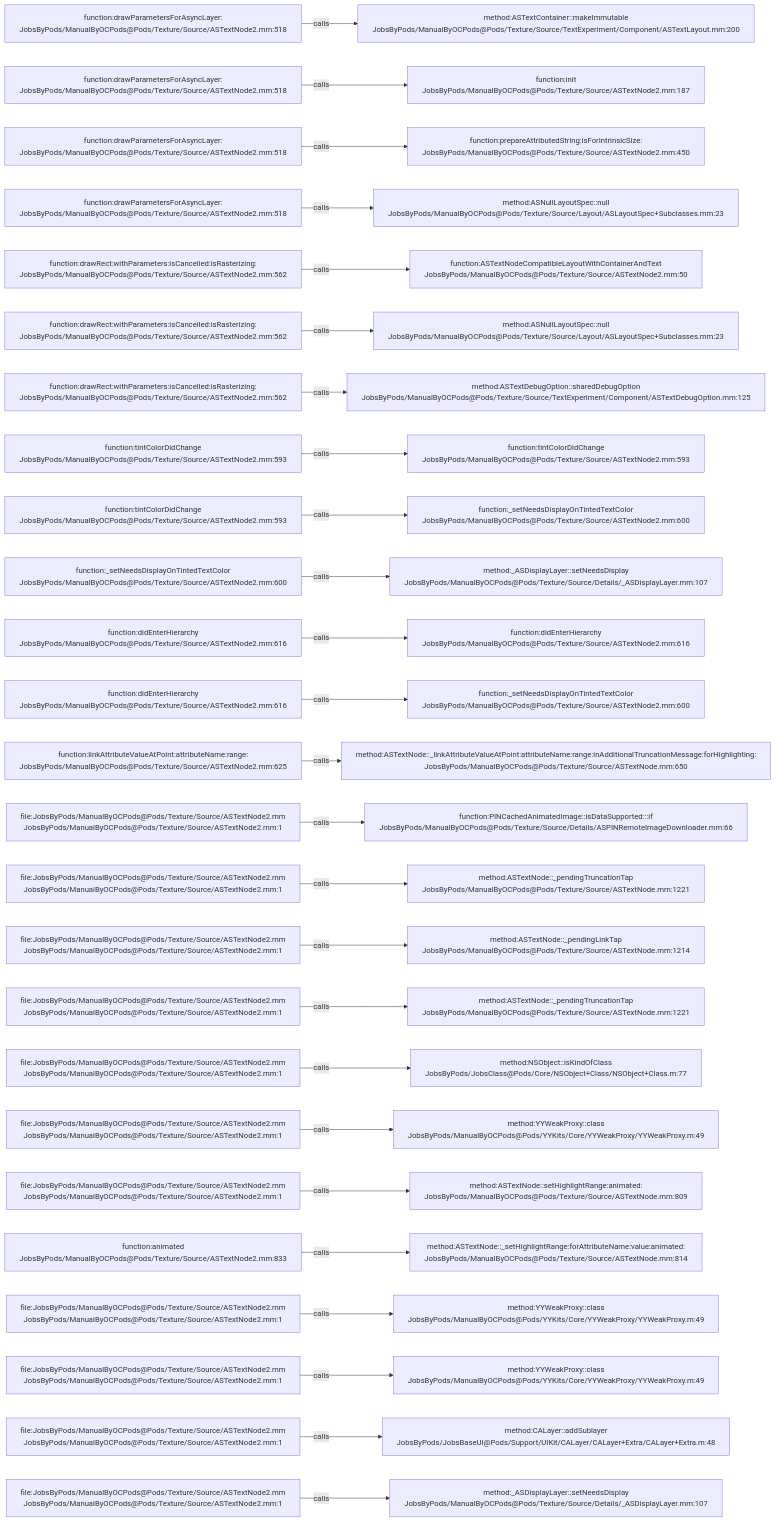
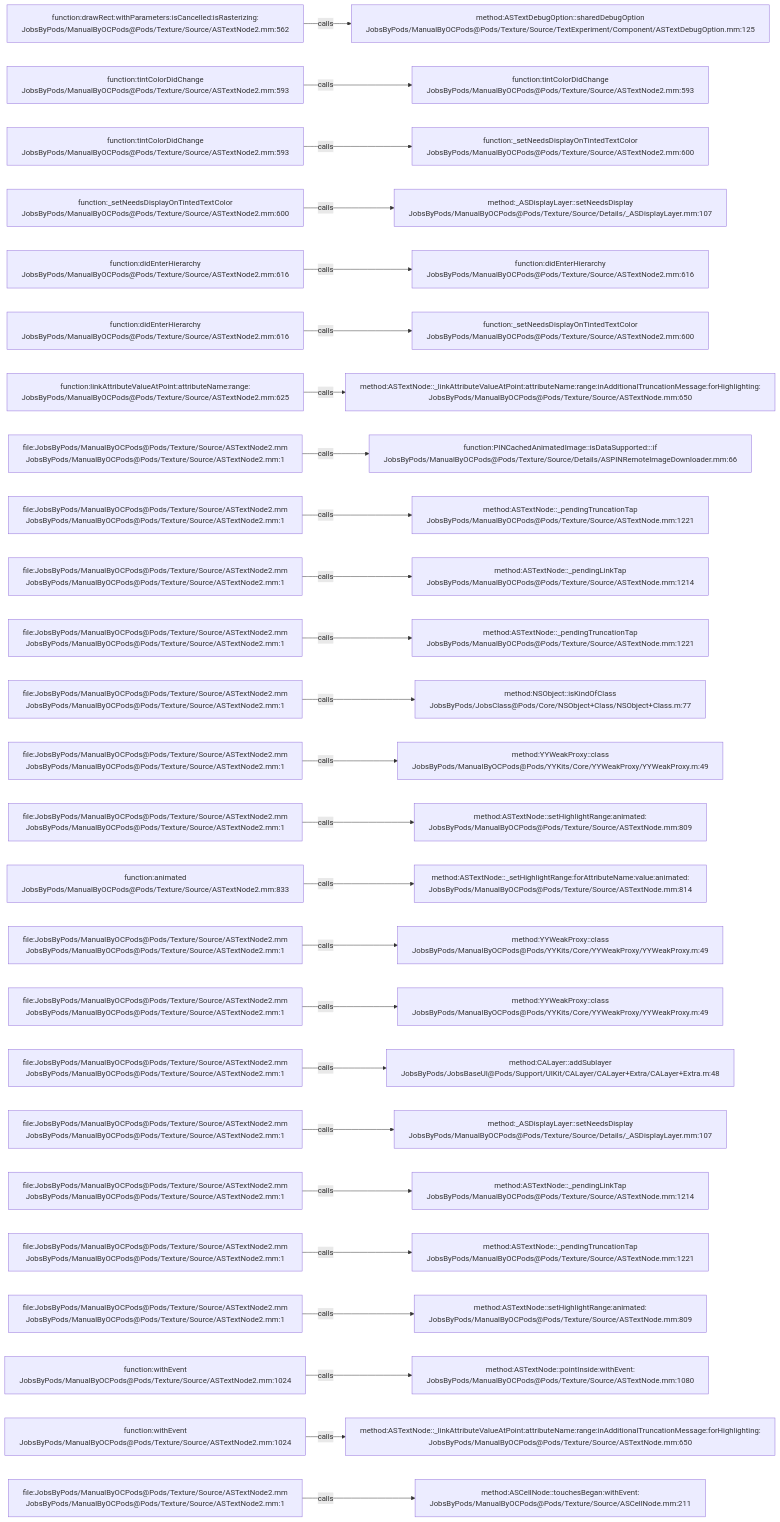
The diagram in .codegraph/codegraph.md/graphs/calls-132.md (JobsKits/JobsOCBaseConfigDemo), drawn with Mermaid before and after one commit. The commit also changed 666 other files, not shown here.

````diff
--- a/.codegraph/codegraph.md/graphs/calls-132.md
+++ b/.codegraph/codegraph.md/graphs/calls-132.md
@@ -13,78 +13,78 @@
 ```mermaid
 flowchart LR
-  S1["function:drawParametersForAsyncLayer:<br/>JobsByPods/ManualByOCPods@Pods/Texture/Source/ASTextNode2.mm:518"]
-  T1["method:ASTextContainer::makeImmutable<br/>JobsByPods/ManualByOCPods@Pods/Texture/Source/TextExperiment/Component/ASTextLayout.mm:200"]
+  S1["function:drawRect:withParameters:isCancelled:isRasterizing:<br/>JobsByPods/ManualByOCPods@Pods/Texture/Source/ASTextNode2.mm:562"]
+  T1["method:ASTextDebugOption::sharedDebugOption<br/>JobsByPods/ManualByOCPods@Pods/Texture/Source/TextExperiment/Component/ASTextDebugOption.mm:125"]
   S1 -->|calls| T1
-  S2["function:drawParametersForAsyncLayer:<br/>JobsByPods/ManualByOCPods@Pods/Texture/Source/ASTextNode2.mm:518"]
-  T2["function:init<br/>JobsByPods/ManualByOCPods@Pods/Texture/Source/ASTextNode2.mm:187"]
+  S2["function:tintColorDidChange<br/>JobsByPods/ManualByOCPods@Pods/Texture/Source/ASTextNode2.mm:593"]
+  T2["function:tintColorDidChange<br/>JobsByPods/ManualByOCPods@Pods/Texture/Source/ASTextNode2.mm:593"]
   S2 -->|calls| T2
-  S3["function:drawParametersForAsyncLayer:<br/>JobsByPods/ManualByOCPods@Pods/Texture/Source/ASTextNode2.mm:518"]
-  T3["function:prepareAttributedString:isForIntrinsicSize:<br/>JobsByPods/ManualByOCPods@Pods/Texture/Source/ASTextNode2.mm:450"]
+  S3["function:tintColorDidChange<br/>JobsByPods/ManualByOCPods@Pods/Texture/Source/ASTextNode2.mm:593"]
+  T3["function:_setNeedsDisplayOnTintedTextColor<br/>JobsByPods/ManualByOCPods@Pods/Texture/Source/ASTextNode2.mm:600"]
   S3 -->|calls| T3
-  S4["function:drawParametersForAsyncLayer:<br/>JobsByPods/ManualByOCPods@Pods/Texture/Source/ASTextNode2.mm:518"]
-  T4["method:ASNullLayoutSpec::null<br/>JobsByPods/ManualByOCPods@Pods/Texture/Source/Layout/ASLayoutSpec+Subclasses.mm:23"]
+  S4["function:_setNeedsDisplayOnTintedTextColor<br/>JobsByPods/ManualByOCPods@Pods/Texture/Source/ASTextNode2.mm:600"]
+  T4["method:_ASDisplayLayer::setNeedsDisplay<br/>JobsByPods/ManualByOCPods@Pods/Texture/Source/Details/_ASDisplayLayer.mm:107"]
   S4 -->|calls| T4
-  S5["function:drawRect:withParameters:isCancelled:isRasterizing:<br/>JobsByPods/ManualByOCPods@Pods/Texture/Source/ASTextNode2.mm:562"]
-  T5["function:ASTextNodeCompatibleLayoutWithContainerAndText<br/>JobsByPods/ManualByOCPods@Pods/Texture/Source/ASTextNode2.mm:50"]
+  S5["function:didEnterHierarchy<br/>JobsByPods/ManualByOCPods@Pods/Texture/Source/ASTextNode2.mm:616"]
+  T5["function:didEnterHierarchy<br/>JobsByPods/ManualByOCPods@Pods/Texture/Source/ASTextNode2.mm:616"]
   S5 -->|calls| T5
-  S6["function:drawRect:withParameters:isCancelled:isRasterizing:<br/>JobsByPods/ManualByOCPods@Pods/Texture/Source/ASTextNode2.mm:562"]
-  T6["method:ASNullLayoutSpec::null<br/>JobsByPods/ManualByOCPods@Pods/Texture/Source/Layout/ASLayoutSpec+Subclasses.mm:23"]
+  S6["function:didEnterHierarchy<br/>JobsByPods/ManualByOCPods@Pods/Texture/Source/ASTextNode2.mm:616"]
+  T6["function:_setNeedsDisplayOnTintedTextColor<br/>JobsByPods/ManualByOCPods@Pods/Texture/Source/ASTextNode2.mm:600"]
   S6 -->|calls| T6
-  S7["function:drawRect:withParameters:isCancelled:isRasterizing:<br/>JobsByPods/ManualByOCPods@Pods/Texture/Source/ASTextNode2.mm:562"]
-  T7["method:ASTextDebugOption::sharedDebugOption<br/>JobsByPods/ManualByOCPods@Pods/Texture/Source/TextExperiment/Component/ASTextDebugOption.mm:125"]
+  S7["function:linkAttributeValueAtPoint:attributeName:range:<br/>JobsByPods/ManualByOCPods@Pods/Texture/Source/ASTextNode2.mm:625"]
+  T7["method:ASTextNode::_linkAttributeValueAtPoint:attributeName:range:inAdditionalTruncationMessage:forHighlighting:<br/>JobsByPods/ManualByOCPods@Pods/Texture/Source/ASTextNode.mm:650"]
   S7 -->|calls| T7
-  S8["function:tintColorDidChange<br/>JobsByPods/ManualByOCPods@Pods/Texture/Source/ASTextNode2.mm:593"]
-  T8["function:tintColorDidChange<br/>JobsByPods/ManualByOCPods@Pods/Texture/Source/ASTextNode2.mm:593"]
+  S8["file:JobsByPods/ManualByOCPods@Pods/Texture/Source/ASTextNode2.mm<br/>JobsByPods/ManualByOCPods@Pods/Texture/Source/ASTextNode2.mm:1"]
+  T8["function:PINCachedAnimatedImage::isDataSupported:::if<br/>JobsByPods/ManualByOCPods@Pods/Texture/Source/Details/ASPINRemoteImageDownloader.mm:66"]
   S8 -->|calls| T8
-  S9["function:tintColorDidChange<br/>JobsByPods/ManualByOCPods@Pods/Texture/Source/ASTextNode2.mm:593"]
-  T9["function:_setNeedsDisplayOnTintedTextColor<br/>JobsByPods/ManualByOCPods@Pods/Texture/Source/ASTextNode2.mm:600"]
+  S9["file:JobsByPods/ManualByOCPods@Pods/Texture/Source/ASTextNode2.mm<br/>JobsByPods/ManualByOCPods@Pods/Texture/Source/ASTextNode2.mm:1"]
+  T9["method:ASTextNode::_pendingTruncationTap<br/>JobsByPods/ManualByOCPods@Pods/Texture/Source/ASTextNode.mm:1221"]
   S9 -->|calls| T9
-  S10["function:_setNeedsDisplayOnTintedTextColor<br/>JobsByPods/ManualByOCPods@Pods/Texture/Source/ASTextNode2.mm:600"]
-  T10["method:_ASDisplayLayer::setNeedsDisplay<br/>JobsByPods/ManualByOCPods@Pods/Texture/Source/Details/_ASDisplayLayer.mm:107"]
+  S10["file:JobsByPods/ManualByOCPods@Pods/Texture/Source/ASTextNode2.mm<br/>JobsByPods/ManualByOCPods@Pods/Texture/Source/ASTextNode2.mm:1"]
+  T10["method:ASTextNode::_pendingLinkTap<br/>JobsByPods/ManualByOCPods@Pods/Texture/Source/ASTextNode.mm:1214"]
   S10 -->|calls| T10
-  S11["function:didEnterHierarchy<br/>JobsByPods/ManualByOCPods@Pods/Texture/Source/ASTextNode2.mm:616"]
-  T11["function:didEnterHierarchy<br/>JobsByPods/ManualByOCPods@Pods/Texture/Source/ASTextNode2.mm:616"]
+  S11["file:JobsByPods/ManualByOCPods@Pods/Texture/Source/ASTextNode2.mm<br/>JobsByPods/ManualByOCPods@Pods/Texture/Source/ASTextNode2.mm:1"]
+  T11["method:ASTextNode::_pendingTruncationTap<br/>JobsByPods/ManualByOCPods@Pods/Texture/Source/ASTextNode.mm:1221"]
   S11 -->|calls| T11
-  S12["function:didEnterHierarchy<br/>JobsByPods/ManualByOCPods@Pods/Texture/Source/ASTextNode2.mm:616"]
-  T12["function:_setNeedsDisplayOnTintedTextColor<br/>JobsByPods/ManualByOCPods@Pods/Texture/Source/ASTextNode2.mm:600"]
+  S12["file:JobsByPods/ManualByOCPods@Pods/Texture/Source/ASTextNode2.mm<br/>JobsByPods/ManualByOCPods@Pods/Texture/Source/ASTextNode2.mm:1"]
+  T12["method:NSObject::isKindOfClass<br/>JobsByPods/JobsClass@Pods/Core/NSObject+Class/NSObject+Class.m:77"]
   S12 -->|calls| T12
-  S13["function:linkAttributeValueAtPoint:attributeName:range:<br/>JobsByPods/ManualByOCPods@Pods/Texture/Source/ASTextNode2.mm:625"]
-  T13["method:ASTextNode::_linkAttributeValueAtPoint:attributeName:range:inAdditionalTruncationMessage:forHighlighting:<br/>JobsByPods/ManualByOCPods@Pods/Texture/Source/ASTextNode.mm:650"]
+  S13["file:JobsByPods/ManualByOCPods@Pods/Texture/Source/ASTextNode2.mm<br/>JobsByPods/ManualByOCPods@Pods/Texture/Source/ASTextNode2.mm:1"]
+  T13["method:YYWeakProxy::class<br/>JobsByPods/ManualByOCPods@Pods/YYKits/Core/YYWeakProxy/YYWeakProxy.m:49"]
   S13 -->|calls| T13
   S14["file:JobsByPods/ManualByOCPods@Pods/Texture/Source/ASTextNode2.mm<br/>JobsByPods/ManualByOCPods@Pods/Texture/Source/ASTextNode2.mm:1"]
-  T14["function:PINCachedAnimatedImage::isDataSupported:::if<br/>JobsByPods/ManualByOCPods@Pods/Texture/Source/Details/ASPINRemoteImageDownloader.mm:66"]
+  T14["method:ASTextNode::setHighlightRange:animated:<br/>JobsByPods/ManualByOCPods@Pods/Texture/Source/ASTextNode.mm:809"]
   S14 -->|calls| T14
-  S15["file:JobsByPods/ManualByOCPods@Pods/Texture/Source/ASTextNode2.mm<br/>JobsByPods/ManualByOCPods@Pods/Texture/Source/ASTextNode2.mm:1"]
-  T15["method:ASTextNode::_pendingTruncationTap<br/>JobsByPods/ManualByOCPods@Pods/Texture/Source/ASTextNode.mm:1221"]
+  S15["function:animated<br/>JobsByPods/ManualByOCPods@Pods/Texture/Source/ASTextNode2.mm:833"]
+  T15["method:ASTextNode::_setHighlightRange:forAttributeName:value:animated:<br/>JobsByPods/ManualByOCPods@Pods/Texture/Source/ASTextNode.mm:814"]
   S15 -->|calls| T15
   S16["file:JobsByPods/ManualByOCPods@Pods/Texture/Source/ASTextNode2.mm<br/>JobsByPods/ManualByOCPods@Pods/Texture/Source/ASTextNode2.mm:1"]
-  T16["method:ASTextNode::_pendingLinkTap<br/>JobsByPods/ManualByOCPods@Pods/Texture/Source/ASTextNode.mm:1214"]
+  T16["method:YYWeakProxy::class<br/>JobsByPods/ManualByOCPods@Pods/YYKits/Core/YYWeakProxy/YYWeakProxy.m:49"]
   S16 -->|calls| T16
   S17["file:JobsByPods/ManualByOCPods@Pods/Texture/Source/ASTextNode2.mm<br/>JobsByPods/ManualByOCPods@Pods/Texture/Source/ASTextNode2.mm:1"]
-  T17["method:ASTextNode::_pendingTruncationTap<br/>JobsByPods/ManualByOCPods@Pods/Texture/Source/ASTextNode.mm:1221"]
+  T17["method:YYWeakProxy::class<br/>JobsByPods/ManualByOCPods@Pods/YYKits/Core/YYWeakProxy/YYWeakProxy.m:49"]
   S17 -->|calls| T17
   S18["file:JobsByPods/ManualByOCPods@Pods/Texture/Source/ASTextNode2.mm<br/>JobsByPods/ManualByOCPods@Pods/Texture/Source/ASTextNode2.mm:1"]
-  T18["method:NSObject::isKindOfClass<br/>JobsByPods/JobsClass@Pods/Core/NSObject+Class/NSObject+Class.m:77"]
+  T18["method:CALayer::addSublayer<br/>JobsByPods/JobsBaseUI@Pods/Support/UIKit/CALayer/CALayer+Extra/CALayer+Extra.m:48"]
   S18 -->|calls| T18
   S19["file:JobsByPods/ManualByOCPods@Pods/Texture/Source/ASTextNode2.mm<br/>JobsByPods/ManualByOCPods@Pods/Texture/Source/ASTextNode2.mm:1"]
-  T19["method:YYWeakProxy::class<br/>JobsByPods/ManualByOCPods@Pods/YYKits/Core/YYWeakProxy/YYWeakProxy.m:49"]
+  T19["method:_ASDisplayLayer::setNeedsDisplay<br/>JobsByPods/ManualByOCPods@Pods/Texture/Source/Details/_ASDisplayLayer.mm:107"]
   S19 -->|calls| T19
   S20["file:JobsByPods/ManualByOCPods@Pods/Texture/Source/ASTextNode2.mm<br/>JobsByPods/ManualByOCPods@Pods/Texture/Source/ASTextNode2.mm:1"]
-  T20["method:ASTextNode::setHighlightRange:animated:<br/>JobsByPods/ManualByOCPods@Pods/Texture/Source/ASTextNode.mm:809"]
+  T20["method:ASTextNode::_pendingLinkTap<br/>JobsByPods/ManualByOCPods@Pods/Texture/Source/ASTextNode.mm:1214"]
   S20 -->|calls| T20
-  S21["function:animated<br/>JobsByPods/ManualByOCPods@Pods/Texture/Source/ASTextNode2.mm:833"]
-  T21["method:ASTextNode::_setHighlightRange:forAttributeName:value:animated:<br/>JobsByPods/ManualByOCPods@Pods/Texture/Source/ASTextNode.mm:814"]
+  S21["file:JobsByPods/ManualByOCPods@Pods/Texture/Source/ASTextNode2.mm<br/>JobsByPods/ManualByOCPods@Pods/Texture/Source/ASTextNode2.mm:1"]
+  T21["method:ASTextNode::_pendingTruncationTap<br/>JobsByPods/ManualByOCPods@Pods/Texture/Source/ASTextNode.mm:1221"]
   S21 -->|calls| T21
   S22["file:JobsByPods/ManualByOCPods@Pods/Texture/Source/ASTextNode2.mm<br/>JobsByPods/ManualByOCPods@Pods/Texture/Source/ASTextNode2.mm:1"]
-  T22["method:YYWeakProxy::class<br/>JobsByPods/ManualByOCPods@Pods/YYKits/Core/YYWeakProxy/YYWeakProxy.m:49"]
+  T22["method:ASTextNode::setHighlightRange:animated:<br/>JobsByPods/ManualByOCPods@Pods/Texture/Source/ASTextNode.mm:809"]
   S22 -->|calls| T22
-  S23["file:JobsByPods/ManualByOCPods@Pods/Texture/Source/ASTextNode2.mm<br/>JobsByPods/ManualByOCPods@Pods/Texture/Source/ASTextNode2.mm:1"]
-  T23["method:YYWeakProxy::class<br/>JobsByPods/ManualByOCPods@Pods/YYKits/Core/YYWeakProxy/YYWeakProxy.m:49"]
+  S23["function:withEvent<br/>JobsByPods/ManualByOCPods@Pods/Texture/Source/ASTextNode2.mm:1024"]
+  T23["method:ASTextNode::pointInside:withEvent:<br/>JobsByPods/ManualByOCPods@Pods/Texture/Source/ASTextNode.mm:1080"]
   S23 -->|calls| T23
-  S24["file:JobsByPods/ManualByOCPods@Pods/Texture/Source/ASTextNode2.mm<br/>JobsByPods/ManualByOCPods@Pods/Texture/Source/ASTextNode2.mm:1"]
-  T24["method:CALayer::addSublayer<br/>JobsByPods/JobsBaseUI@Pods/Support/UIKit/CALayer/CALayer+Extra/CALayer+Extra.m:48"]
+  S24["function:withEvent<br/>JobsByPods/ManualByOCPods@Pods/Texture/Source/ASTextNode2.mm:1024"]
+  T24["method:ASTextNode::_linkAttributeValueAtPoint:attributeName:range:inAdditionalTruncationMessage:forHighlighting:<br/>JobsByPods/ManualByOCPods@Pods/Texture/Source/ASTextNode.mm:650"]
   S24 -->|calls| T24
   S25["file:JobsByPods/ManualByOCPods@Pods/Texture/Source/ASTextNode2.mm<br/>JobsByPods/ManualByOCPods@Pods/Texture/Source/ASTextNode2.mm:1"]
-  T25["method:_ASDisplayLayer::setNeedsDisplay<br/>JobsByPods/ManualByOCPods@Pods/Texture/Source/Details/_ASDisplayLayer.mm:107"]
+  T25["method:ASCellNode::touchesBegan:withEvent:<br/>JobsByPods/ManualByOCPods@Pods/Texture/Source/ASCellNode.mm:211"]
   S25 -->|calls| T25
 ```
````
